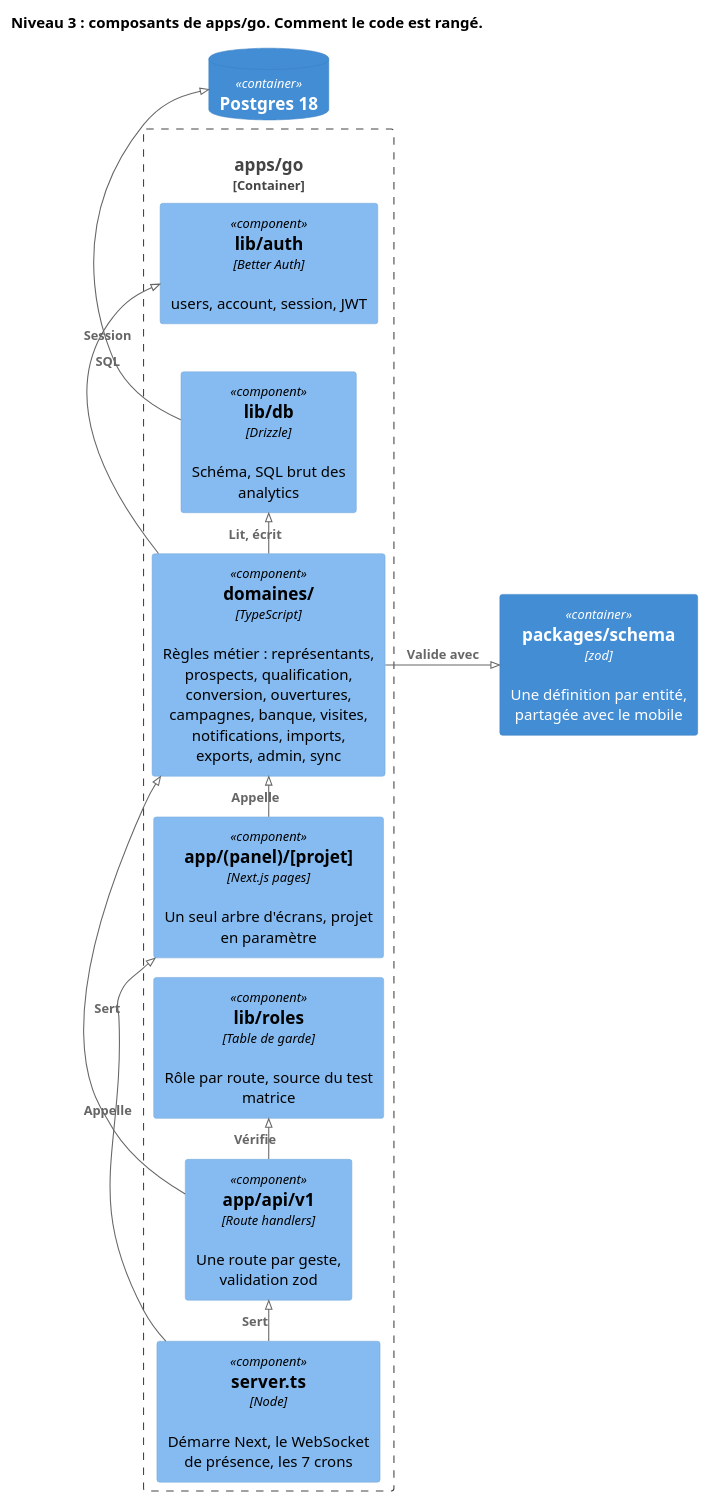
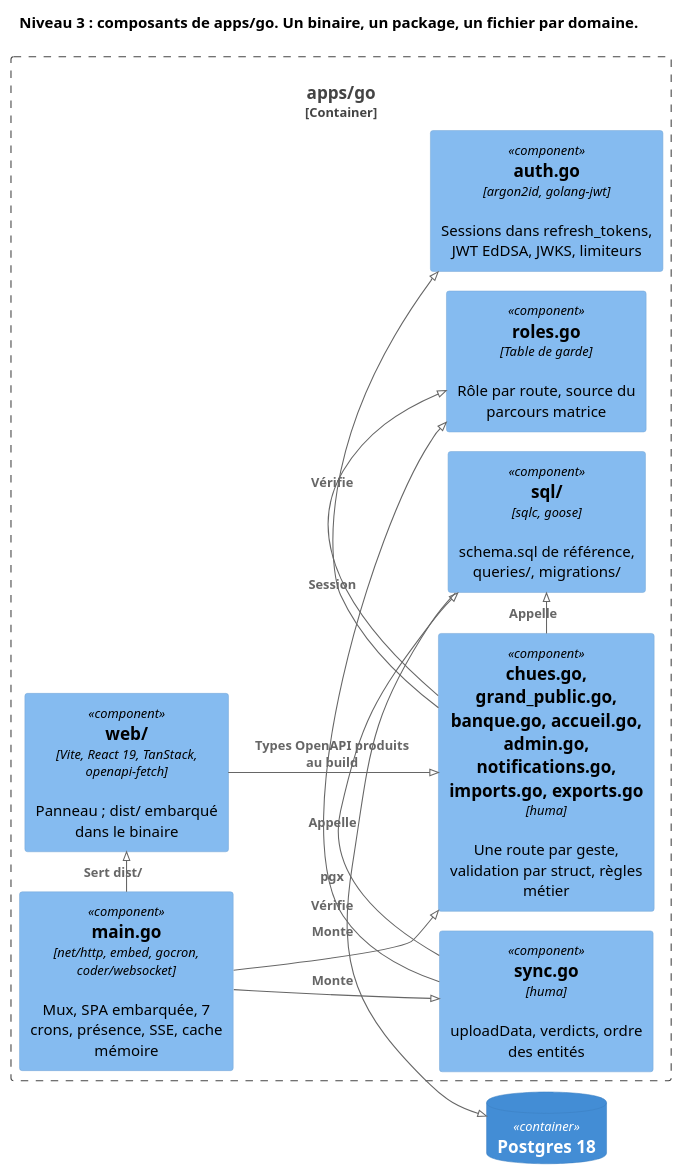
The diagram in docs/v2-refonte/diagrammes/03-composants-go.puml (Compagnie-Prestige-Immobilier/crm-monorepo), drawn with PlantUML before and after one commit. The commit also changed 9 other files, not shown here.

```diff
--- a/docs/v2-refonte/diagrammes/03-composants-go.puml
+++ b/docs/v2-refonte/diagrammes/03-composants-go.puml
@@ -1,29 +1,29 @@
 @startuml 03-composants-go
 !pragma layout smetana
 !include https://raw.githubusercontent.com/plantuml-stdlib/C4-PlantUML/master/C4_Component.puml
 LAYOUT_LEFT_RIGHT()
-title Niveau 3 : composants de apps/go. Comment le code est rangé.
+title Niveau 3 : composants de apps/go. Un binaire, un package, un fichier par domaine.
 
 Container_Boundary(go, "apps/go") {
-  Component(server, "server.ts", "Node", "Démarre Next, le WebSocket de présence, les 7 crons")
-  Component(pages, "app/(panel)/[projet]", "Next.js pages", "Un seul arbre d'écrans, projet en paramètre")
-  Component(api, "app/api/v1", "Route handlers", "Une route par geste, validation zod")
-  Component(domaines, "domaines/", "TypeScript", "Règles métier : représentants, prospects, qualification, conversion, ouvertures, campagnes, banque, visites, notifications, imports, exports, admin, sync")
-  Component(auth, "lib/auth", "Better Auth", "users, account, session, JWT")
-  Component(db, "lib/db", "Drizzle", "Schéma, SQL brut des analytics")
-  Component(roles, "lib/roles", "Table de garde", "Rôle par route, source du test matrice")
+  Component(main, "main.go", "net/http, embed, gocron, coder/websocket", "Mux, SPA embarquée, 7 crons, présence, SSE, cache mémoire")
+  Component(domaines, "chues.go, grand_public.go, banque.go, accueil.go, admin.go, notifications.go, imports.go, exports.go", "huma", "Une route par geste, validation par struct, règles métier")
+  Component(sync, "sync.go", "huma", "uploadData, verdicts, ordre des entités")
+  Component(auth, "auth.go", "argon2id, golang-jwt", "Sessions dans refresh_tokens, JWT EdDSA, JWKS, limiteurs")
+  Component(roles, "roles.go", "Table de garde", "Rôle par route, source du parcours matrice")
+  Component(sql, "sql/", "sqlc, goose", "schema.sql de référence, queries/, migrations/")
+  Component(web, "web/", "Vite, React 19, TanStack, openapi-fetch", "Panneau ; dist/ embarqué dans le binaire")
 }
 
-Container(schema, "packages/schema", "zod", "Une définition par entité, partagée avec le mobile")
 ContainerDb(pg, "Postgres 18")
 
-Rel_R(server, pages, "Sert")
-Rel_R(server, api, "Sert")
-Rel_R(pages, domaines, "Appelle")
-Rel_R(api, domaines, "Appelle")
-Rel_R(api, roles, "Vérifie")
-Rel_R(domaines, db, "Lit, écrit")
+Rel_R(main, domaines, "Monte")
+Rel_R(main, sync, "Monte")
+Rel_R(main, web, "Sert dist/")
+Rel_R(domaines, roles, "Vérifie")
+Rel_R(sync, roles, "Vérifie")
 Rel_R(domaines, auth, "Session")
-Rel_D(domaines, schema, "Valide avec")
-Rel_R(db, pg, "SQL")
+Rel_R(domaines, sql, "Appelle")
+Rel_R(sync, sql, "Appelle")
+Rel_D(web, domaines, "Types OpenAPI produits au build")
+Rel_R(sql, pg, "pgx")
 @enduml
```
